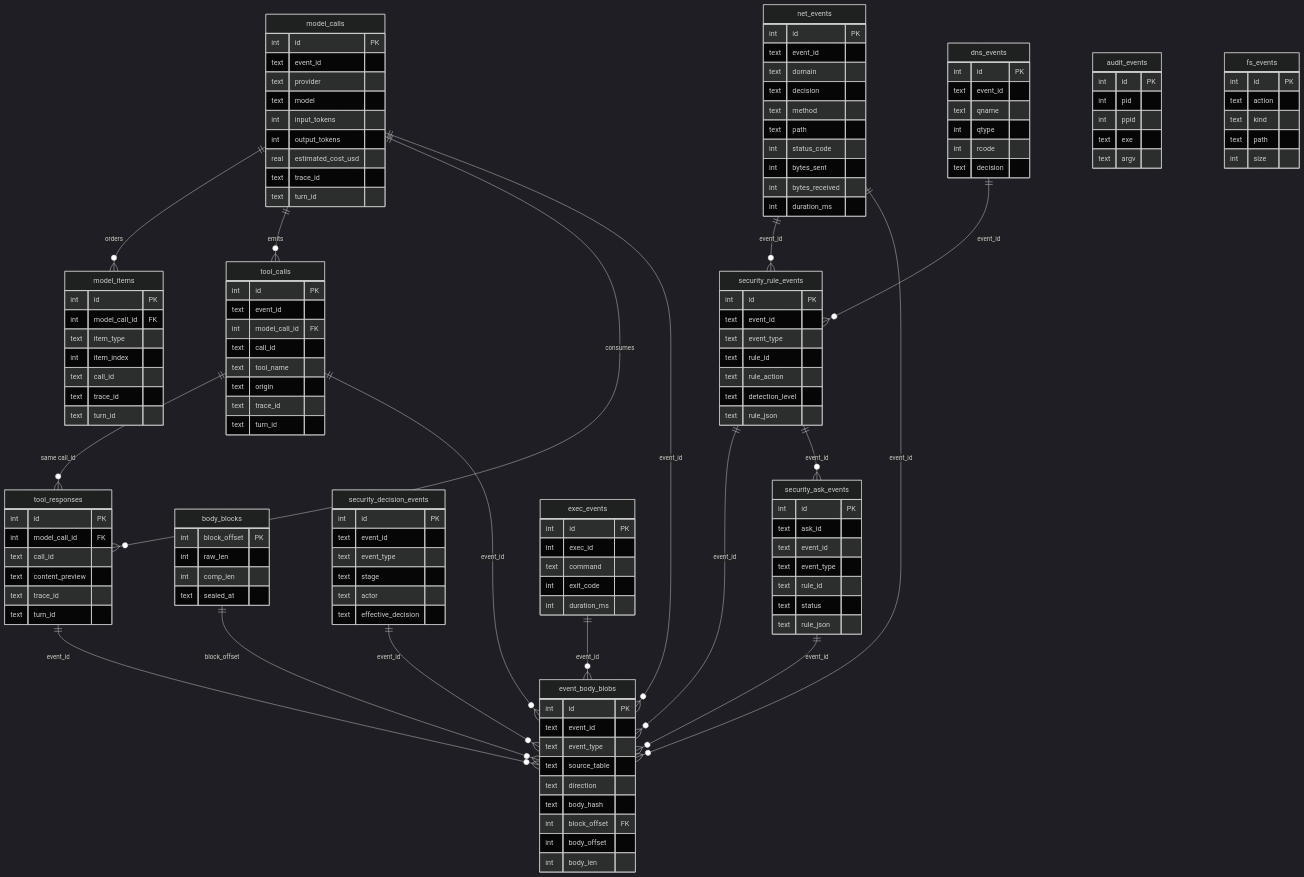
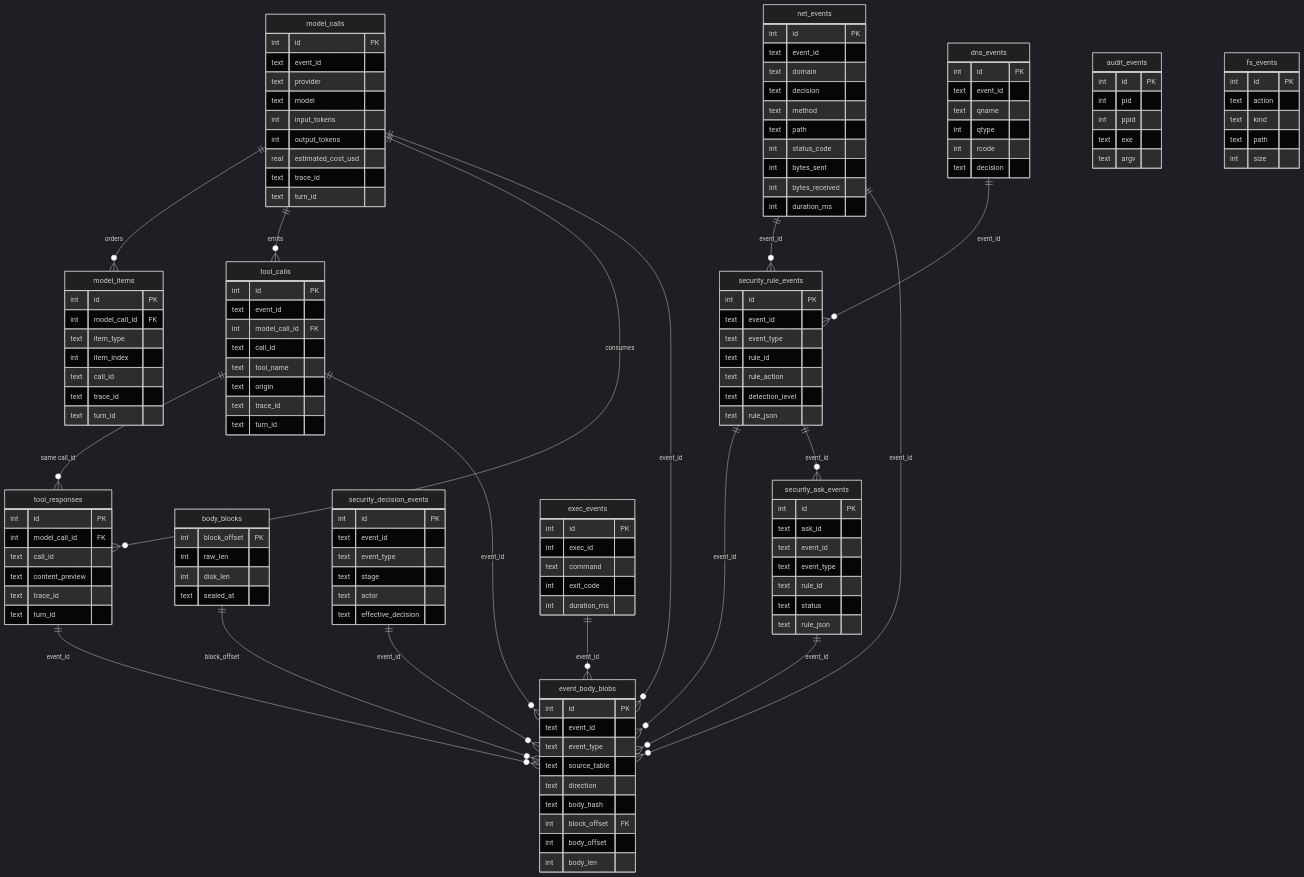
Before and after one commit to google/capsem: the first of 4 diagrams in web/docs/src/content/docs/architecture/session-telemetry.md, drawn with Mermaid (dark theme). The commit also changed other lines of this file and 33 other files, not shown here.

```diff
--- a/web/docs/src/content/docs/architecture/session-telemetry.md
+++ b/web/docs/src/content/docs/architecture/session-telemetry.md
@@ -99,7 +99,7 @@
     body_blocks {
         int block_offset PK
         int raw_len
-        int comp_len
+        int disk_len
         text sealed_at
     }
     security_rule_events {
```
